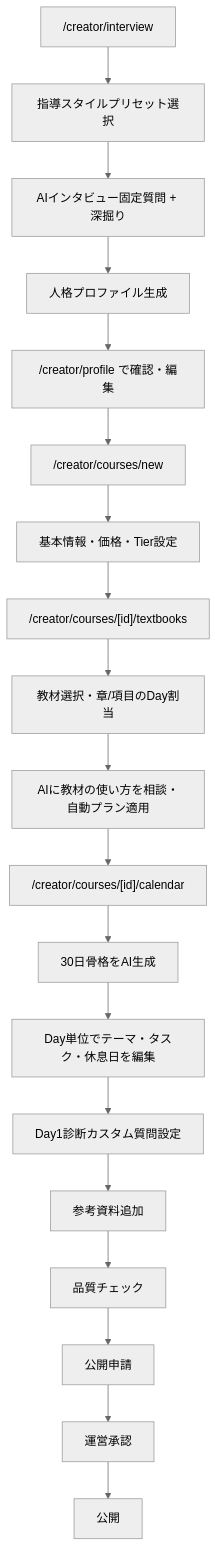
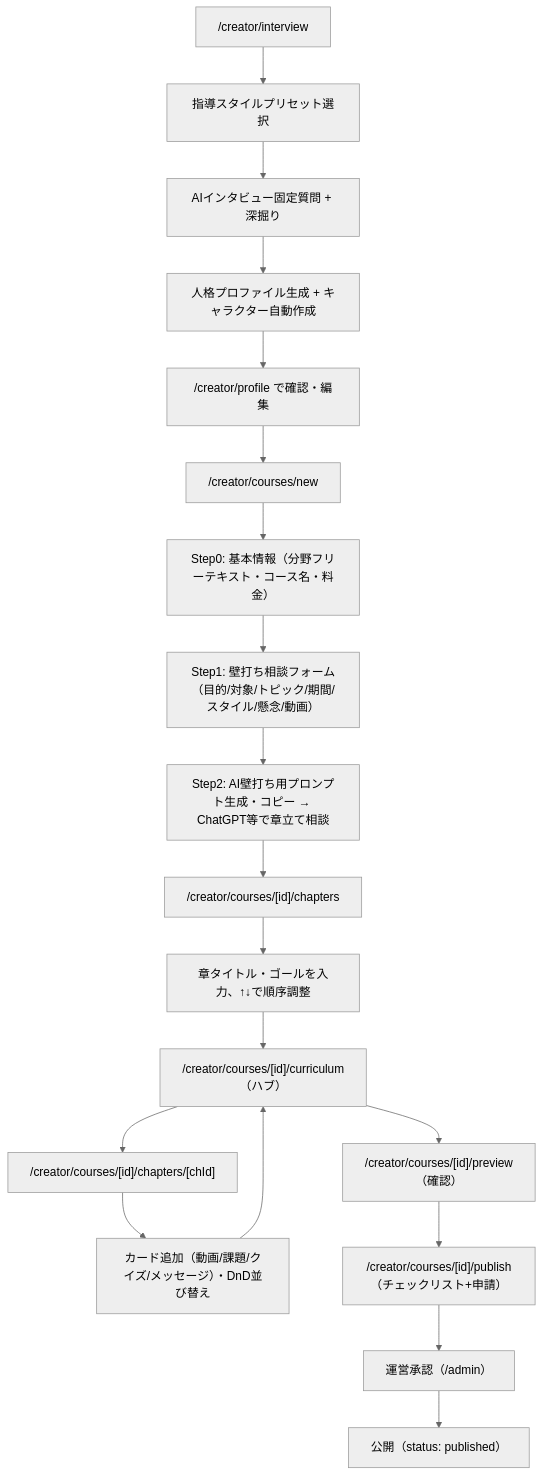
Before and after one commit to Kazy1230/OshiEnglish: the sixth of 18 diagrams in docs/設計書/ManaVillage_サービスフロー整理.md, drawn with Mermaid (neutral theme). The commit also changed other lines of this file and 9 other files, not shown here.

````diff
--- a/docs/設計書/ManaVillage_サービスフロー整理.md
+++ b/docs/設計書/ManaVillage_サービスフロー整理.md
@@ -173,21 +175,21 @@
 ```mermaid
 flowchart TD
   A["/creator/interview"] --> B["指導スタイルプリセット選択"]
   B --> C["AIインタビュー固定質問 + 深掘り"]
-  C --> D["人格プロファイル生成"]
+  C --> D["人格プロファイル生成 + キャラクター自動作成"]
   D --> E["/creator/profile で確認・編集"]
   E --> F["/creator/courses/new"]
-  F --> G["基本情報・価格・Tier設定"]
-  G --> H["/creator/courses/[id]/textbooks"]
-  H --> I["教材選択・章/項目のDay割当"]
-  I --> I2["AIに教材の使い方を相談・自動プラン適用"]
-  I2 --> J["/creator/courses/[id]/calendar"]
-  J --> K["30日骨格をAI生成"]
-  K --> L["Day単位でテーマ・タスク・休息日を編集"]
-  L --> M["Day1診断カスタム質問設定"]
-  M --> N["参考資料追加"]
-  N --> O["品質チェック"]
-  O --> P["公開申請"]
-  P --> Q["運営承認"]
-  Q --> R["公開"]
+  F --> G["Step0: 基本情報（分野フリーテキスト・コース名・料金）"]
+  G --> H["Step1: 壁打ち相談フォーム（目的/対象/トピック/期間/スタイル/懸念/動画）"]
+  H --> I["Step2: AI壁打ち用プロンプト生成・コピー → ChatGPT等で章立て相談"]
+  I --> J["/creator/courses/[id]/chapters"]
+  J --> K["章タイトル・ゴールを入力、↑↓で順序調整"]
+  K --> L["/creator/courses/[id]/curriculum（ハブ）"]
+  L --> M["/creator/courses/[id]/chapters/[chId]"]
+  M --> N["カード追加（動画/課題/クイズ/メッセージ）・DnD並び替え"]
+  N --> L
+  L --> O["/creator/courses/[id]/preview（確認）"]
+  O --> P["/creator/courses/[id]/publish（チェックリスト+申請）"]
+  P --> Q["運営承認（/admin）"]
+  Q --> R["公開（status: published）"]
 ```
````
